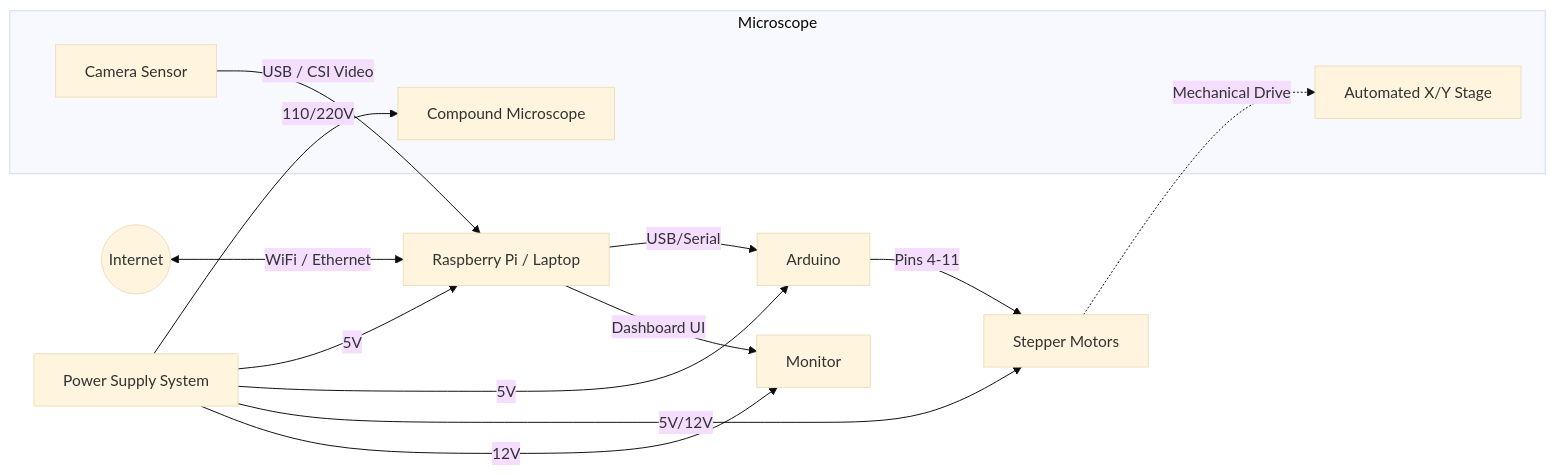
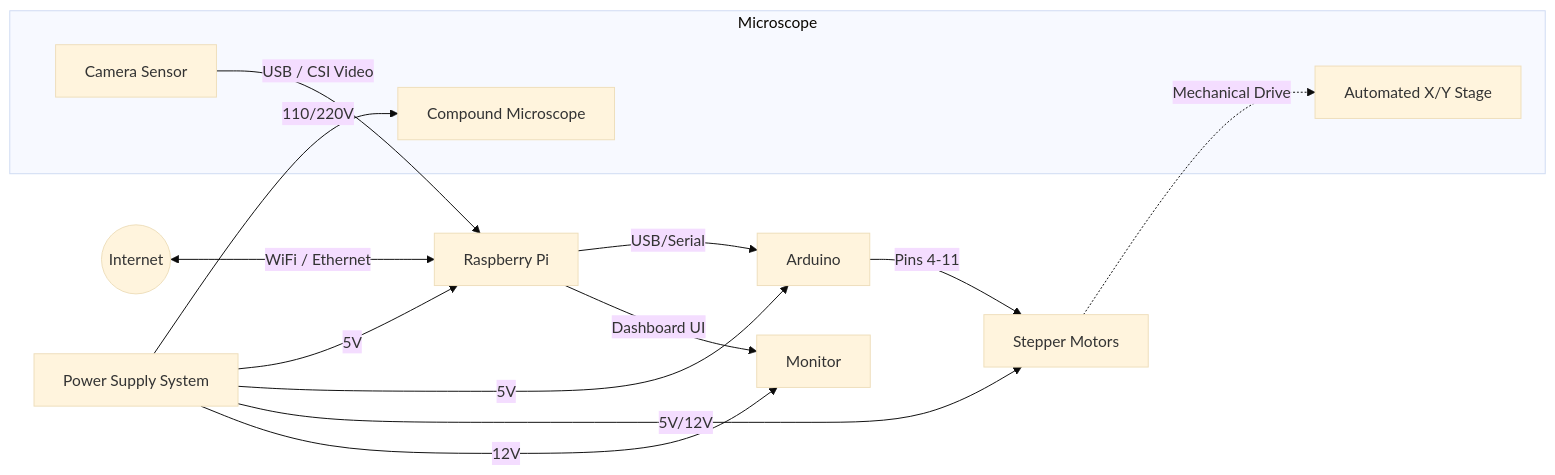
One commit to mcggEz/microview-ai changed the second of 4 diagrams in README.md. Above: the diagram before and after it, drawn with Mermaid (base theme). The commit also changed other lines of this file and 2 other files, not shown here.

Commit message:
docs: remove 'laptop' references to reflect Raspberry Pi-only setup

````diff
--- a/README.md
+++ b/README.md
@@ -66,25 +66,25 @@
 ```mermaid
 flowchart LR
   subgraph Microscope
     SCOPE[Compound Microscope]
     STAGE[Automated X/Y Stage]
     SENSOR[Camera Sensor]
   end
 
-  INET((Internet)) <-->|WiFi / Ethernet| RPI[Raspberry Pi / Laptop]
+  INET((Internet)) <-->|WiFi / Ethernet| RPI[Raspberry Pi]
   
   PSU[Power Supply System]
   PSU -->|5V| RPI
   PSU -->|5V| ARD[Arduino]
   PSU -->|5V/12V| STEP[Stepper Motors]
   PSU -->|12V| MON[Monitor]
   PSU -->|110/220V| SCOPE
 
   SENSOR -->|USB / CSI Video| RPI
 
   RPI -->|USB/Serial| ARD
   ARD -->|Pins 4-11| STEP
   STEP -.->|Mechanical Drive| STAGE
 
   RPI -->|Dashboard UI| MON
 ```
````
